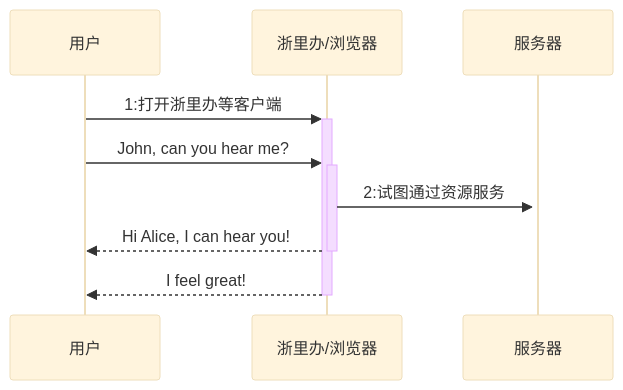
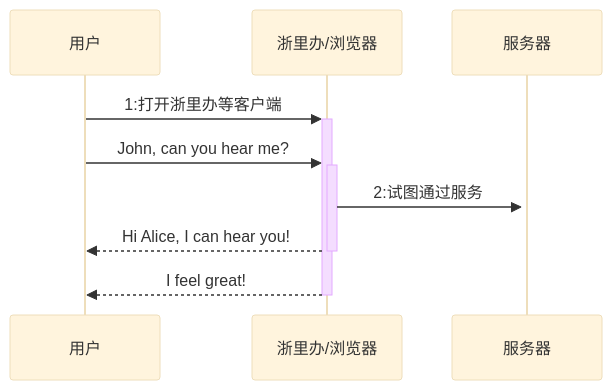
One commit to fifuntop/iodraw-files changed the diagram in all/居民端时序图.md. Above: the diagram before and after it, drawn with Mermaid (base theme).

Commit message:
2024-03-14 14:46:43 update

````diff
--- a/all/居民端时序图.md
+++ b/all/居民端时序图.md
@@ -1,9 +1,9 @@
 ```mermaid
 sequenceDiagram
     用户->>+浙里办/浏览器: 1:打开浙里办等客户端
     用户->>+浙里办/浏览器: John, can you hear me?
-    浙里办/浏览器->>+服务器: 2:试图通过资源服务
+    浙里办/浏览器->>+服务器: 2:试图通过服务
     浙里办/浏览器-->>-用户: Hi Alice, I can hear you!
     浙里办/浏览器-->>-用户: I feel great!
             
 ```
````
